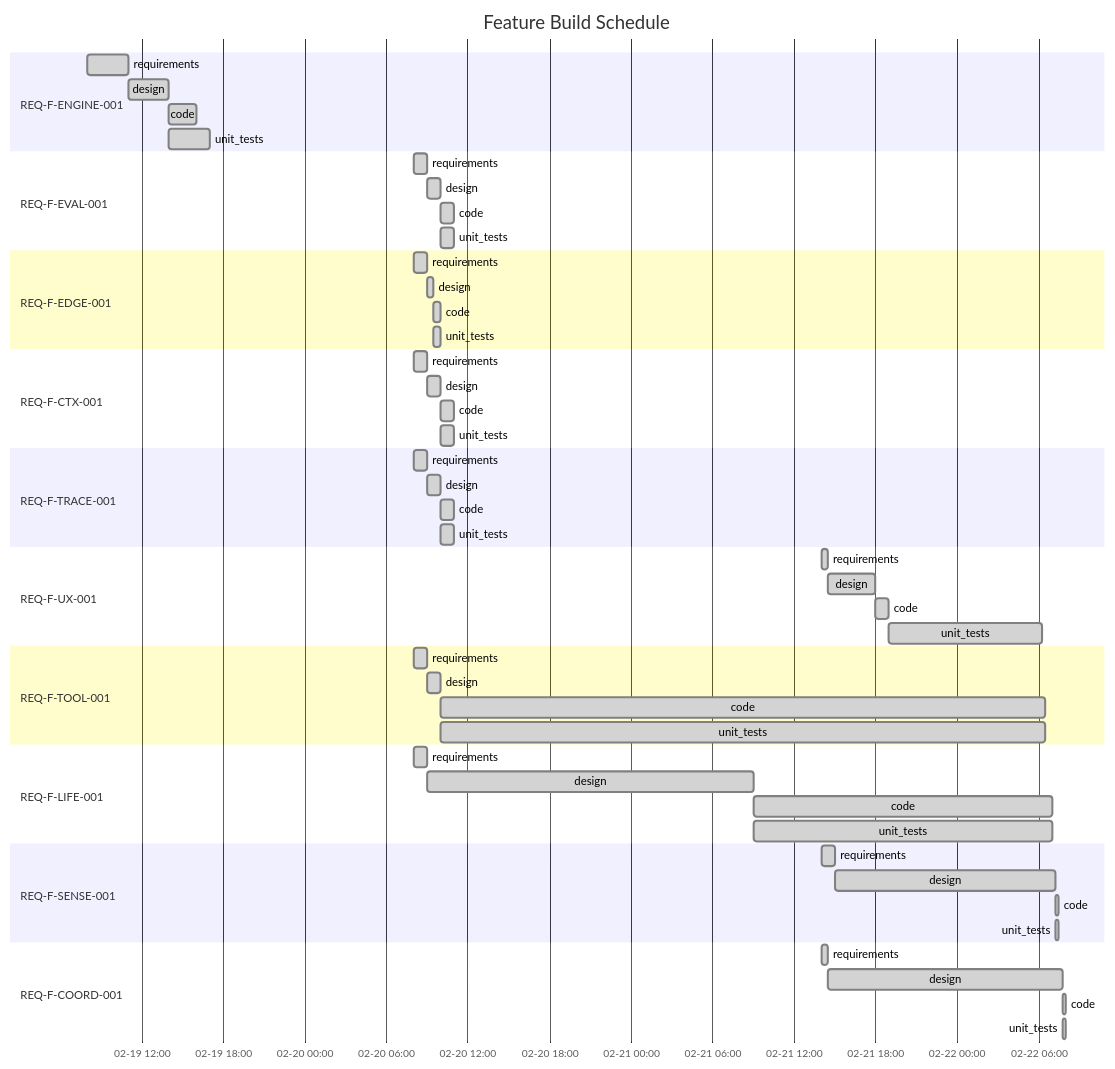
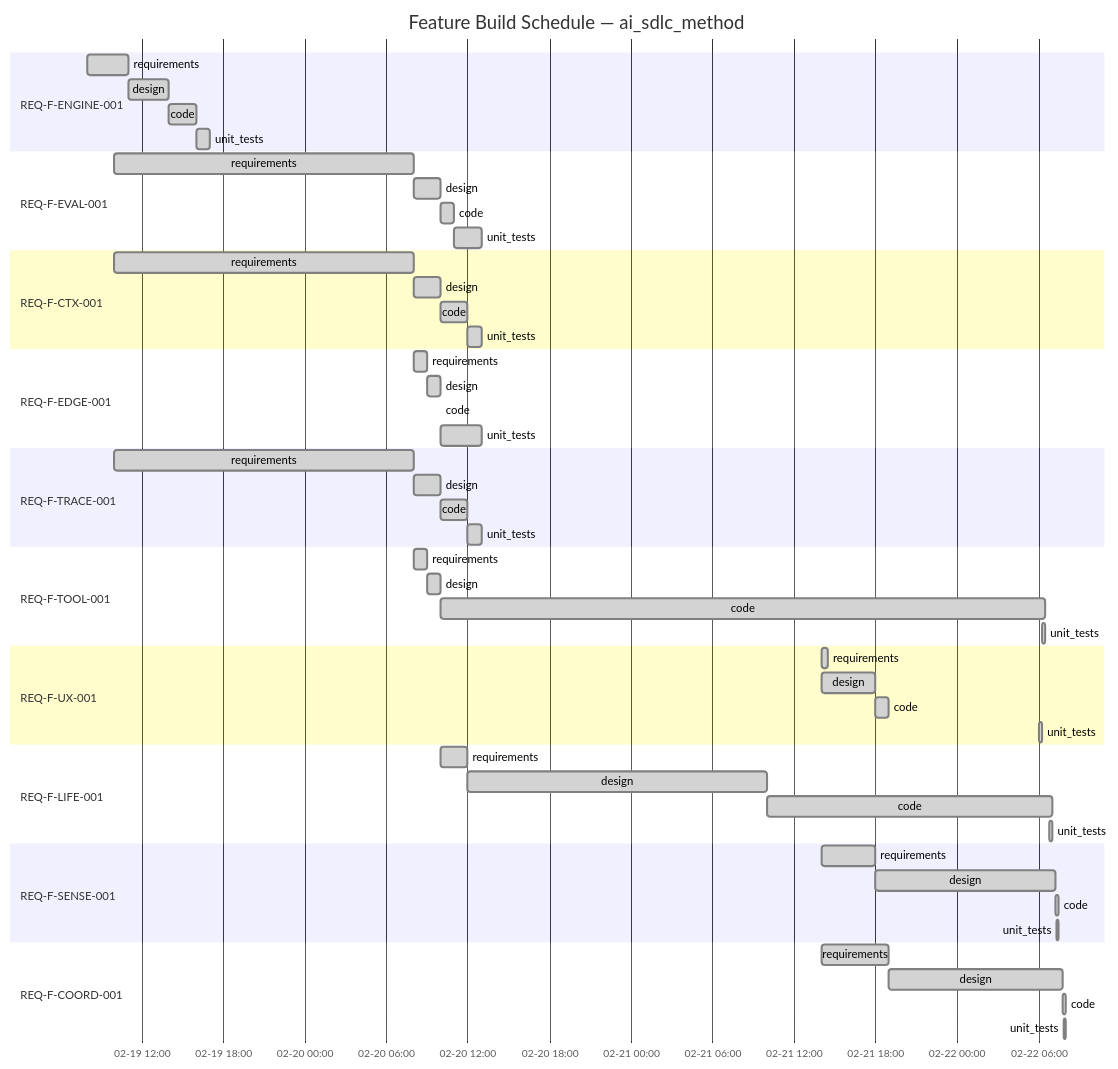
The diagram in .ai-workspace/STATUS.md (foolishimp/ai_sdlc_method), drawn with Mermaid before and after one commit. The commit also changed other lines of this file and 11 other files, not shown here.

````diff
--- a/.ai-workspace/STATUS.md
+++ b/.ai-workspace/STATUS.md
@@ -11,66 +12,66 @@
 ```mermaid
 gantt
-    title Feature Build Schedule
+    title Feature Build Schedule — ai_sdlc_method
     dateFormat YYYY-MM-DD HH:mm
     axisFormat %m-%d %H:%M
 
     section REQ-F-ENGINE-001
-    requirements     :done,    eng-req, 2026-02-19 08:00, 2026-02-19 11:00
-    design           :done,    eng-des, after eng-req, 2026-02-19 14:00
-    code             :done,    eng-cod, after eng-des, 2026-02-19 16:00
-    unit_tests       :done,    eng-tst, after eng-des, 2026-02-19 17:00
+    requirements     :done, eng-req, 2026-02-19 08:00, 2026-02-19 11:00
+    design           :done, eng-des, 2026-02-19 11:00, 2026-02-19 14:00
+    code             :done, eng-cod, 2026-02-19 14:00, 2026-02-19 16:00
+    unit_tests       :done, eng-tst, 2026-02-19 16:00, 2026-02-19 17:00
 
     section REQ-F-EVAL-001
-    requirements     :done,    eval-req, 2026-02-20 08:00, 2026-02-20 09:00
-    design           :done,    eval-des, after eval-req, 2026-02-20 10:00
-    code             :done,    eval-cod, after eval-des, 2026-02-20 11:00
-    unit_tests       :done,    eval-tst, after eval-des, 2026-02-20 11:00
+    requirements     :done, eval-req, 2026-02-19 10:00, 2026-02-20 08:00
+    design           :done, eval-des, 2026-02-20 08:00, 2026-02-20 10:00
+    code             :done, eval-cod, 2026-02-20 10:00, 2026-02-20 11:00
+    unit_tests       :done, eval-tst, 2026-02-20 11:00, 2026-02-20 13:00
+
+    section REQ-F-CTX-001
+    requirements     :done, ctx-req, 2026-02-19 10:00, 2026-02-20 08:00
+    design           :done, ctx-des, 2026-02-20 08:00, 2026-02-20 10:00
+    code             :done, ctx-cod, 2026-02-20 10:00, 2026-02-20 12:00
+    unit_tests       :done, ctx-tst, 2026-02-20 12:00, 2026-02-20 13:00
 
     section REQ-F-EDGE-001
-    requirements     :done,    edge-req, 2026-02-20 08:00, 2026-02-20 09:00
-    design           :done,    edge-des, after edge-req, 2026-02-20 09:30
-    code             :done,    edge-cod, after edge-des, 2026-02-20 10:00
-    unit_tests       :done,    edge-tst, after edge-des, 2026-02-20 10:00
-
-    section REQ-F-CTX-001
-    requirements     :done,    ctx-req, 2026-02-20 08:00, 2026-02-20 09:00
-    design           :done,    ctx-des, after ctx-req, 2026-02-20 10:00
-    code             :done,    ctx-cod, after ctx-des, 2026-02-20 11:00
-    unit_tests       :done,    ctx-tst, after ctx-des, 2026-02-20 11:00
+    requirements     :done, edge-req, 2026-02-20 08:00, 2026-02-20 09:00
+    design           :done, edge-des, 2026-02-20 09:00, 2026-02-20 10:00
+    code             :done, edge-cod, 2026-02-20 10:00, 2026-02-20 10:00
+    unit_tests       :done, edge-tst, 2026-02-20 10:00, 2026-02-20 13:00
 
     section REQ-F-TRACE-001
-    requirements     :done,    trc-req, 2026-02-20 08:00, 2026-02-20 09:00
-    design           :done,    trc-des, after trc-req, 2026-02-20 10:00
-    code             :done,    trc-cod, after trc-des, 2026-02-20 11:00
-    unit_tests       :done,    trc-tst, after trc-des, 2026-02-20 11:00
+    requirements     :done, trc-req, 2026-02-19 10:00, 2026-02-20 08:00
+    design           :done, trc-des, 2026-02-20 08:00, 2026-02-20 10:00
+    code             :done, trc-cod, 2026-02-20 10:00, 2026-02-20 12:00
+    unit_tests       :done, trc-tst, 2026-02-20 12:00, 2026-02-20 13:00
+
+    section REQ-F-TOOL-001
+    requirements     :done, tool-req, 2026-02-20 08:00, 2026-02-20 09:00
+    design           :done, tool-des, 2026-02-20 09:00, 2026-02-20 10:00
+    code             :done, tool-cod, 2026-02-20 10:00, 2026-02-22 06:30
+    unit_tests       :done, tool-tst, 2026-02-22 06:15, 2026-02-22 06:30
 
     section REQ-F-UX-001
-    requirements     :done,    ux-req, 2026-02-21 14:00, 2026-02-21 14:30
-    design           :done,    ux-des, after ux-req, 2026-02-21 18:00
-    code             :done,    ux-cod, after ux-des, 2026-02-21 19:00
-    unit_tests       :done,    ux-tst, after ux-cod, 2026-02-22 06:15
-
-    section REQ-F-TOOL-001
-    requirements     :done,    tool-req, 2026-02-20 08:00, 2026-02-20 09:00
-    design           :done,    tool-des, after tool-req, 2026-02-20 10:00
-    code             :done,    tool-cod, after tool-des, 2026-02-22 06:30
-    unit_tests       :done,    tool-tst, after tool-des, 2026-02-22 06:30
+    requirements     :done, ux-req, 2026-02-21 14:00, 2026-02-21 14:30
+    design           :done, ux-des, 2026-02-21 14:00, 2026-02-21 18:00
+    code             :done, ux-cod, 2026-02-21 18:00, 2026-02-21 19:00
+    unit_tests       :done, ux-tst, 2026-02-22 06:00, 2026-02-22 06:15
 
     section REQ-F-LIFE-001
-    requirements     :done,    life-req, 2026-02-20 08:00, 2026-02-20 09:00
-    design           :done,    life-des, after life-req, 2026-02-21 09:00
-    code             :done,    life-cod, after life-des, 2026-02-22 07:00
-    unit_tests       :done,    life-tst, after life-des, 2026-02-22 07:00
+    requirements     :done, life-req, 2026-02-20 10:00, 2026-02-20 12:00
+    design           :done, life-des, 2026-02-20 12:00, 2026-02-21 10:00
+    code             :done, life-cod, 2026-02-21 10:00, 2026-02-22 07:00
+    unit_tests       :done, life-tst, 2026-02-22 06:45, 2026-02-22 07:00
 
     section REQ-F-SENSE-001
-    requirements     :done,    sns-req, 2026-02-21 14:00, 2026-02-21 15:00
-    design           :done,    sns-des, after sns-req, 2026-02-22 07:15
-    code             :done,    sns-cod, after sns-des, 2026-02-22 07:30
-    unit_tests       :done,    sns-tst, after sns-des, 2026-02-22 07:30
+    requirements     :done, sense-req, 2026-02-21 14:00, 2026-02-21 18:00
+    design           :done, sense-des, 2026-02-21 18:00, 2026-02-22 07:15
+    code             :done, sense-cod, 2026-02-22 07:15, 2026-02-22 07:30
+    unit_tests       :done, sense-tst, 2026-02-22 07:20, 2026-02-22 07:30
 
     section REQ-F-COORD-001
-    requirements     :done,    crd-req, 2026-02-21 14:00, 2026-02-21 14:30
-    design           :done,    crd-des, after crd-req, 2026-02-22 07:45
-    code             :done,    crd-cod, after crd-des, 2026-02-22 08:00
-    unit_tests       :done,    crd-tst, after crd-des, 2026-02-22 08:00
+    requirements     :done, coord-req, 2026-02-21 14:00, 2026-02-21 19:00
+    design           :done, coord-des, 2026-02-21 19:00, 2026-02-22 07:45
+    code             :done, coord-cod, 2026-02-22 07:45, 2026-02-22 08:00
+    unit_tests       :done, coord-tst, 2026-02-22 07:50, 2026-02-22 08:00
 ```
````
